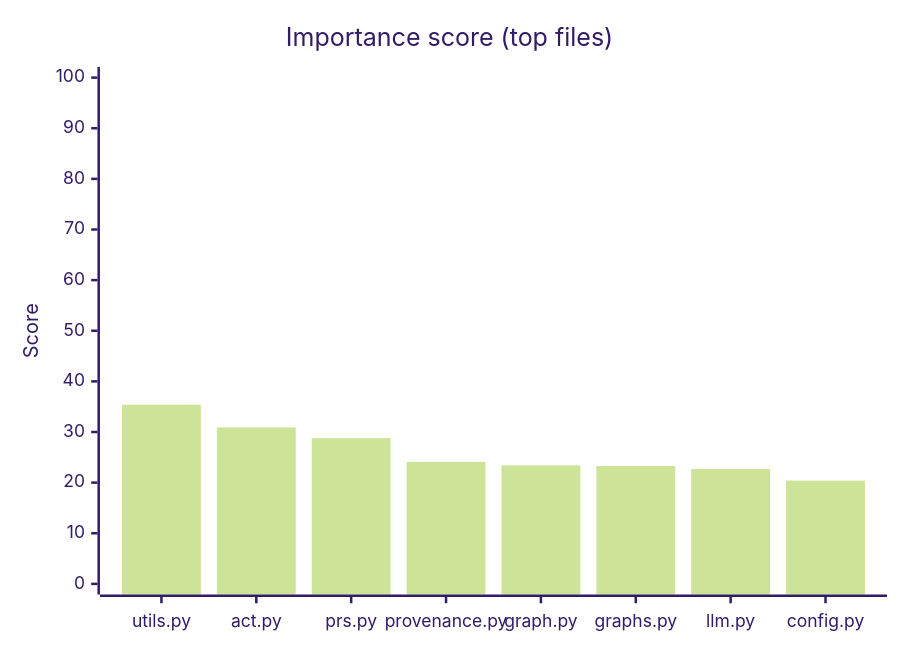
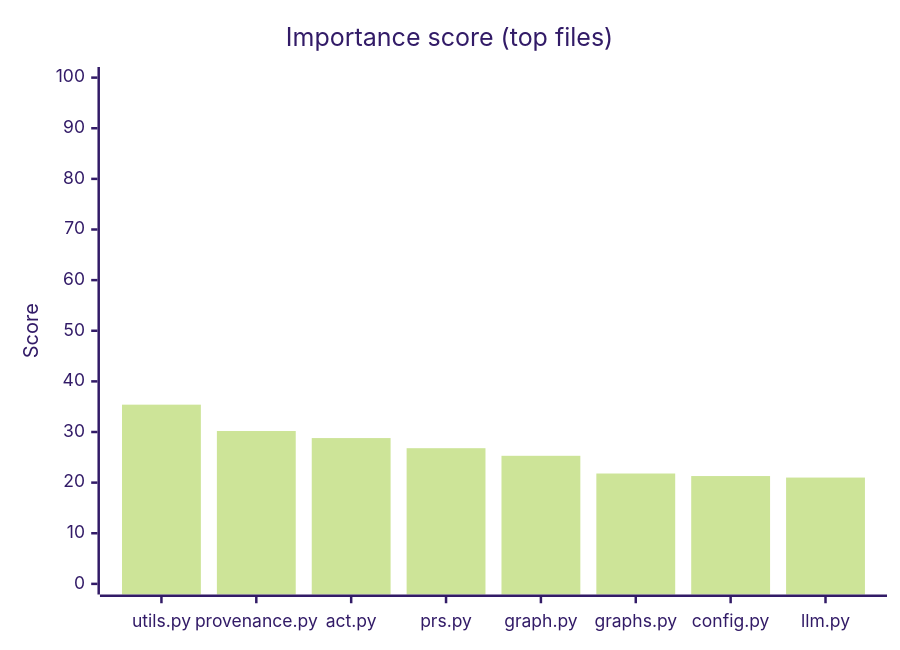
Before and after one commit to hhleroy97/repo-scan: the first of 2 diagrams in docs/index.md, drawn with Mermaid (forest theme). The commit also changed other lines of this file and 12 other files, not shown here.

````diff
--- a/docs/index.md
+++ b/docs/index.md
@@ -55,7 +55,7 @@
 ```mermaid
 xychart-beta
     title "Importance score (top files)"
-    x-axis ["utils.py", "act.py", "prs.py", "provenance.py", "graph.py", "graphs.py", "llm.py", "config.py"]
+    x-axis ["utils.py", "provenance.py", "act.py", "prs.py", "graph.py", "graphs.py", "config.py", "llm.py"]
     y-axis "Score" 0 --> 100
-    bar [35.4, 30.9, 28.8, 24.1, 23.4, 23.3, 22.7, 20.4]
+    bar [35.4, 30.2, 28.8, 26.8, 25.3, 21.8, 21.3, 21]
 ```
````
